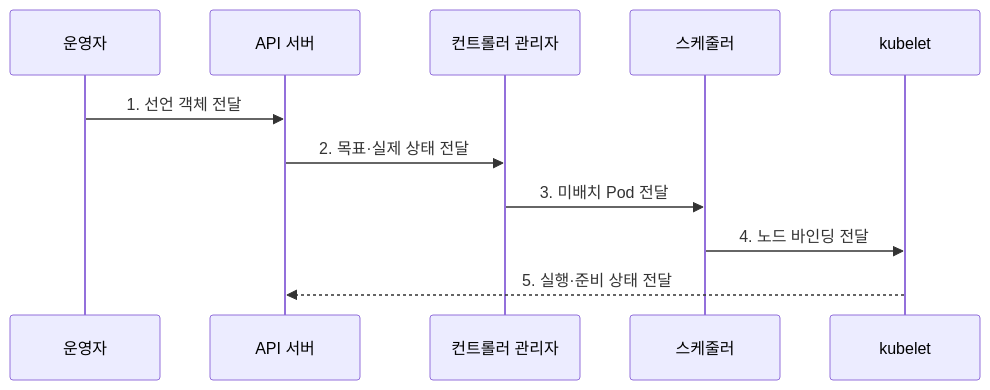
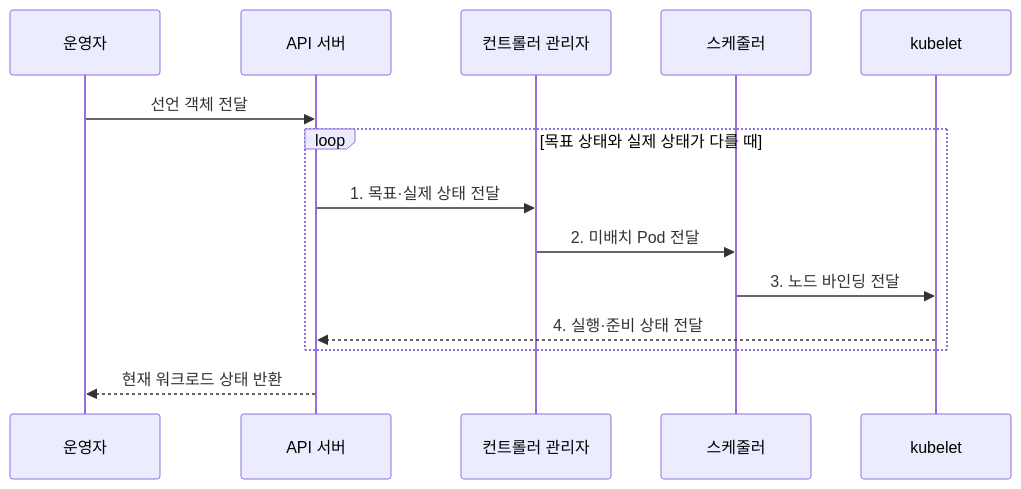
Before and after one commit to agnusdei1207/knowledge-base: the second of 2 diagrams in src/content/docs/notes/08-latest-tech/158_kubernetes.md, drawn with Mermaid. The commit also changed other lines of this file and 225 other files, not shown here.

````diff
--- a/src/content/docs/notes/08-latest-tech/158_kubernetes.md
+++ b/src/content/docs/notes/08-latest-tech/158_kubernetes.md
@@ -78,13 +78,16 @@
 ```mermaid
 sequenceDiagram
     participant U as 운영자
     participant A as API 서버
     participant C as 컨트롤러 관리자
     participant S as 스케줄러
     participant K as kubelet
-    U->>A: 1. 선언 객체 전달
-    A->>C: 2. 목표·실제 상태 전달
-    C->>S: 3. 미배치 Pod 전달
-    S->>K: 4. 노드 바인딩 전달
-    K-->>A: 5. 실행·준비 상태 전달
+    U->>A: 선언 객체 전달
+    loop 목표 상태와 실제 상태가 다를 때
+        A->>C: 1. 목표·실제 상태 전달
+        C->>S: 2. 미배치 Pod 전달
+        S->>K: 3. 노드 바인딩 전달
+        K-->>A: 4. 실행·준비 상태 전달
+    end
+    A-->>U: 현재 워크로드 상태 반환
 ```
````
